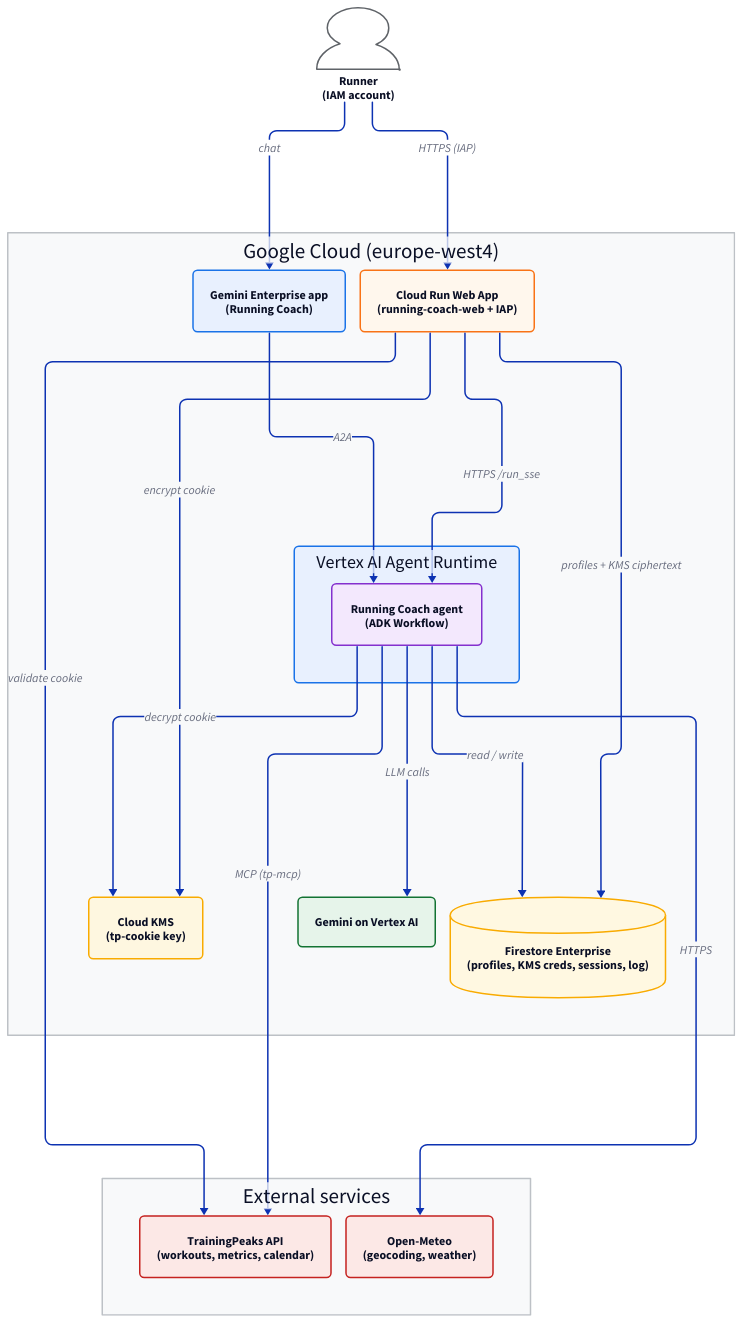
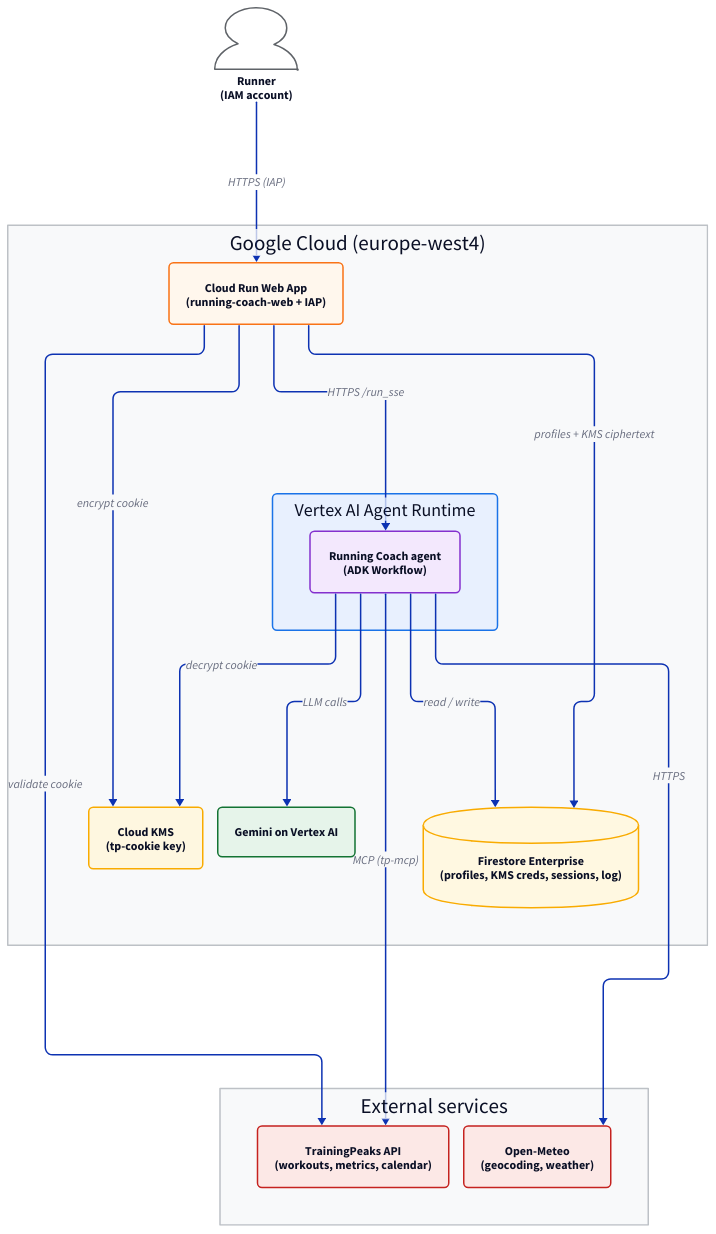
Before and after one commit to cy-visser/runningagent: the diagram in docs/diagrams/01_system_context.d2, drawn with D2. The commit also changed 11 other files, not shown here.

Commit message:
Phase 7: update docs and regenerate D2 architecture diagrams

```diff
--- a/docs/diagrams/01_system_context.d2
+++ b/docs/diagrams/01_system_context.d2
@@ -1,57 +1,54 @@
 direction: down
 
 vars: {
   d2-config: {
     layout-engine: elk
   }
 }
 
 classes: {
   person: {shape: person; style.fill: "#ffffff"; style.stroke: "#5f6368"}
   compute: {style.fill: "#e8f0fe"; style.stroke: "#1a73e8"; style.border-radius: 6}
   web: {style.fill: "#fff7ed"; style.stroke: "#f97316"; style.border-radius: 6}
   ai: {style.fill: "#e6f4ea"; style.stroke: "#137333"; style.border-radius: 6}
   sec: {style.fill: "#fef7e0"; style.stroke: "#f9ab00"; style.border-radius: 6}
   data: {shape: cylinder; style.fill: "#fff8e1"; style.stroke: "#f9ab00"}
   core: {style.fill: "#f3e8fd"; style.stroke: "#8430ce"; style.border-radius: 6; style.bold: true}
   ext: {style.fill: "#fce8e6"; style.stroke: "#c5221f"; style.border-radius: 6}
 }
 
 runner: "Runner\n(IAM account)" {class: person}
 
 gcp: "Google Cloud (europe-west4)" {
   style.fill: "#f8f9fa"
   style.stroke: "#bdc1c6"
 
-  ge: "Gemini Enterprise app\n(Running Coach)" {class: compute}
   webapp: "Cloud Run Web App\n(running-coach-web + IAP)" {class: web}
   runtime: "Vertex AI Agent Runtime" {
     class: compute
     core: "Running Coach agent\n(ADK Workflow)" {class: core}
   }
   kms: "Cloud KMS\n(tp-cookie key)" {class: sec}
   gemini: "Gemini on Vertex AI" {class: ai}
   firestore: "Firestore Enterprise\n(profiles, KMS creds, sessions, log)" {class: data}
 
-  ge -> runtime.core: "A2A"
   webapp -> runtime.core: "HTTPS /run_sse"
   webapp -> firestore: "profiles + KMS ciphertext"
   webapp -> kms: "encrypt cookie"
   runtime.core -> kms: "decrypt cookie"
   runtime.core -> gemini: "LLM calls"
   runtime.core -> firestore: "read / write"
 }
 
 external: "External services" {
   style.fill: "#f8f9fa"
   style.stroke: "#bdc1c6"
 
   tp: "TrainingPeaks API\n(workouts, metrics, calendar)" {class: ext}
   meteo: "Open-Meteo\n(geocoding, weather)" {class: ext}
 }
 
-runner -> gcp.ge: "chat"
 runner -> gcp.webapp: "HTTPS (IAP)"
 gcp.webapp -> external.tp: "validate cookie"
 gcp.runtime.core -> external.tp: "MCP (tp-mcp)"
 gcp.runtime.core -> external.meteo: "HTTPS"
```
